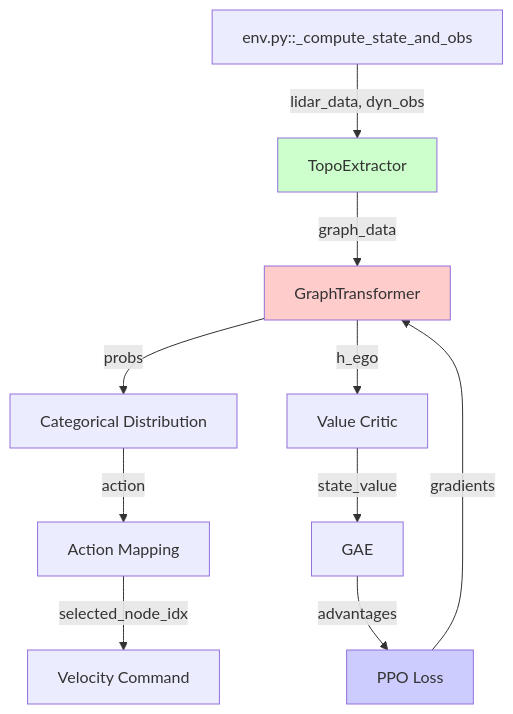
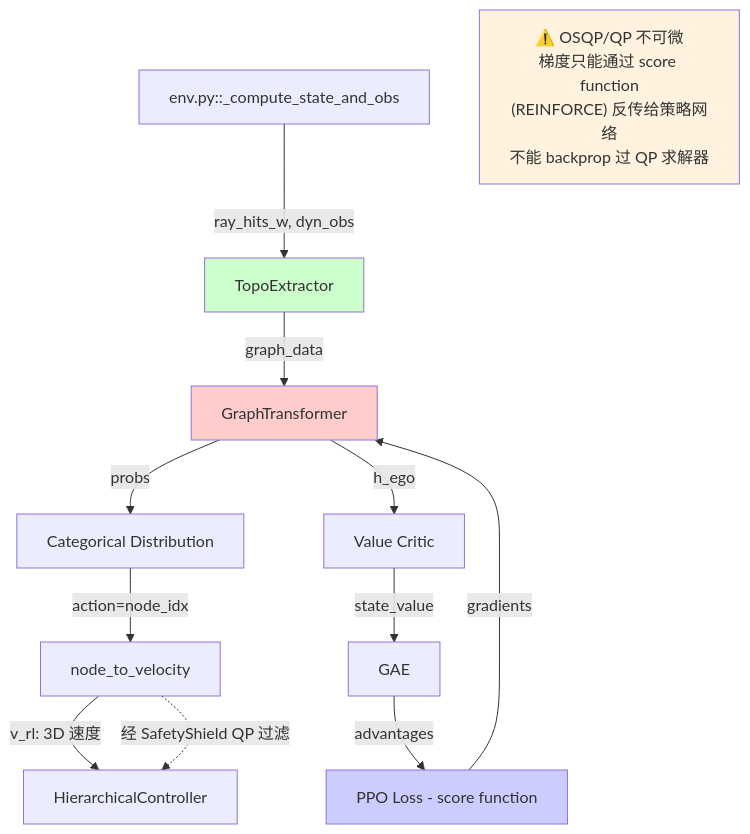
The first of 2 diagrams in isaac-training/doc/08-图Transformer策略网络详细设计.md (Shepherd010/NavRL), drawn with Mermaid before and after one commit. The commit also changed other lines of this file and 25 other files, not shown here.

````diff
--- a/isaac-training/doc/08-图Transformer策略网络详细设计.md
+++ b/isaac-training/doc/08-图Transformer策略网络详细设计.md
@@ -58,16 +56,20 @@
 ```mermaid
 graph TB
-    A[env.py::_compute_state_and_obs] -->|lidar_data, dyn_obs| B[TopoExtractor]
+    A[env.py::_compute_state_and_obs] -->|ray_hits_w, dyn_obs| B[TopoExtractor]
     B -->|graph_data| C[GraphTransformer]
     C -->|probs| D[Categorical Distribution]
     C -->|h_ego| E[Value Critic]
-    D -->|action| F[Action Mapping]
-    F -->|selected_node_idx| G[Velocity Command]
+    D -->|action=node_idx| F[node_to_velocity]
+    F -->|v_rl: 3D 速度| G[HierarchicalController]
     E -->|state_value| H[GAE]
-    H -->|advantages| I[PPO Loss]
+    H -->|advantages| I[PPO Loss - score function]
     I -->|gradients| C
-    
+
+    note1["⚠️ OSQP/QP 不可微\n梯度只能通过 score function\n(REINFORCE) 反传给策略网络\n不能 backprop 过 QP 求解器"]
+    F -.->|经 SafetyShield QP 过滤| G
+
     style C fill:#ffcccc
     style B fill:#ccffcc
     style I fill:#ccccff
+    style note1 fill:#fff3e0
 ```
````
